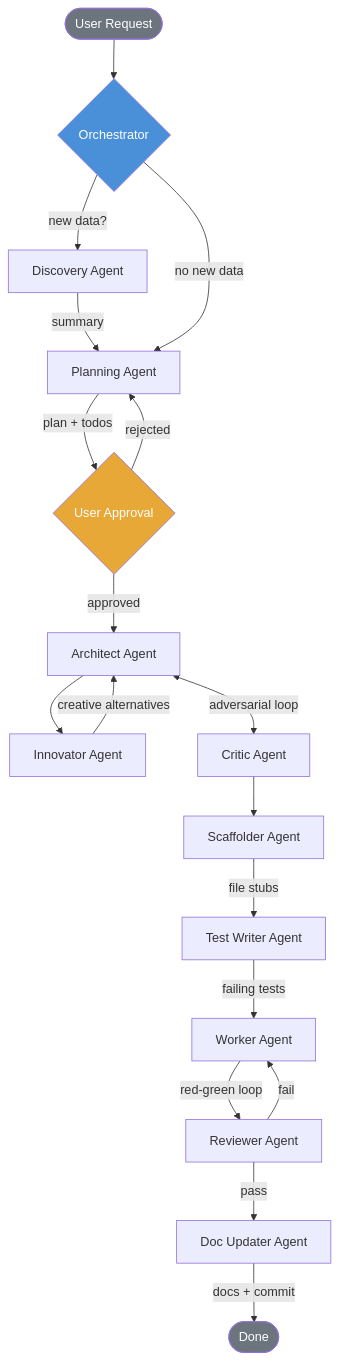
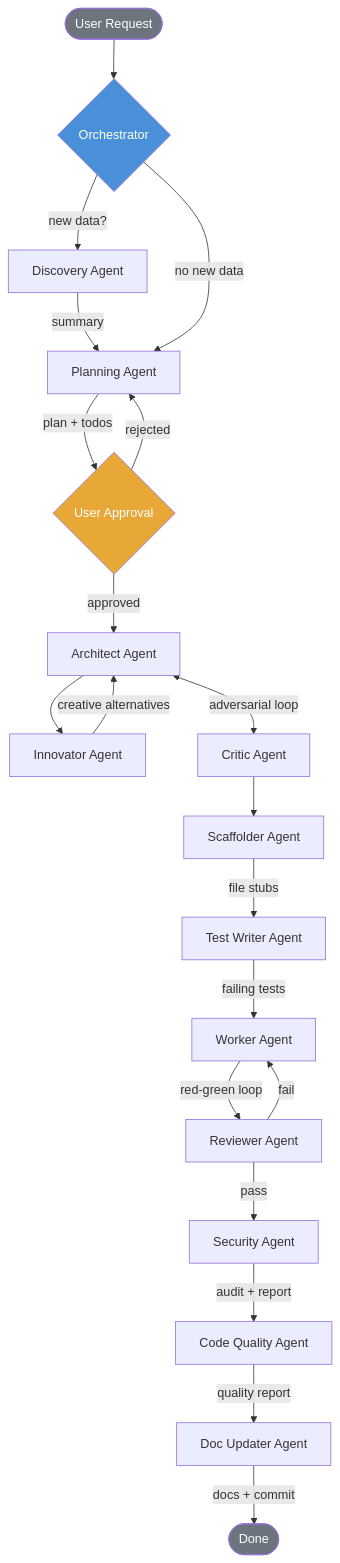
Before and after one commit to Doumajnik/template: the first of 2 diagrams in README.md, drawn with Mermaid. The commit also changed other lines of this file and 12 other files, not shown here.

Commit message:
feat: audit and vulnerability check agent

````diff
--- a/README.md
+++ b/README.md
@@ -45,25 +47,27 @@
 ```mermaid
 flowchart TD
     U([User Request]) --> O{Orchestrator}
     O -->|new data?| D[Discovery Agent]
     D -->|summary| P
     O -->|no new data| P[Planning Agent]
     P -->|plan + todos| UA{User Approval}
     UA -->|rejected| P
     UA -->|approved| A[Architect Agent]
     A --> IN[Innovator Agent]
     IN -->|creative alternatives| A
     A <-->|adversarial loop| C[Critic Agent]
     C --> S[Scaffolder Agent]
     S -->|file stubs| TW[Test Writer Agent]
     TW -->|failing tests| W[Worker Agent]
     W -->|red-green loop| R[Reviewer Agent]
-    R -->|pass| DU[Doc Updater Agent]
+    R -->|pass| SEC[Security Agent]
     R -->|fail| W
+    SEC -->|audit + report| CQ[Code Quality Agent]
+    CQ -->|quality report| DU[Doc Updater Agent]
     DU -->|docs + commit| Done([Done])
 
     style O fill:#4a90d9,color:#fff
     style U fill:#6c757d,color:#fff
     style Done fill:#6c757d,color:#fff
     style UA fill:#e8a838,color:#fff
 ```
````
